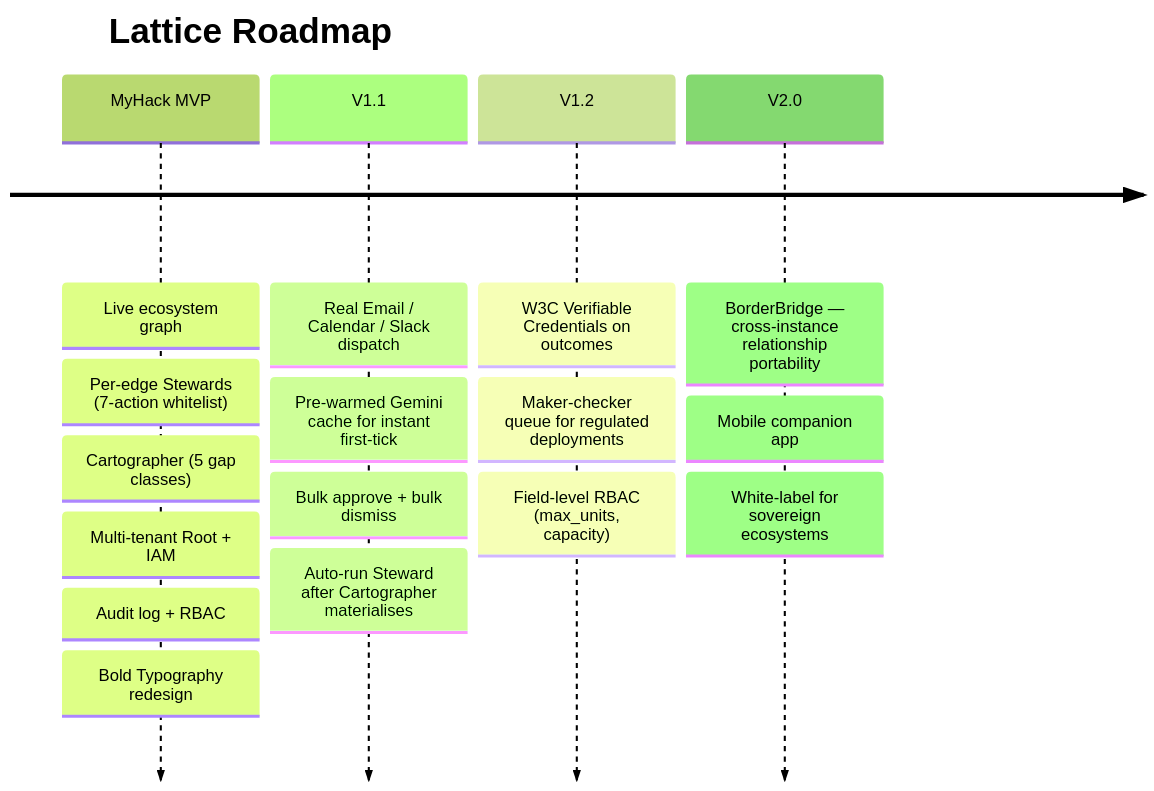
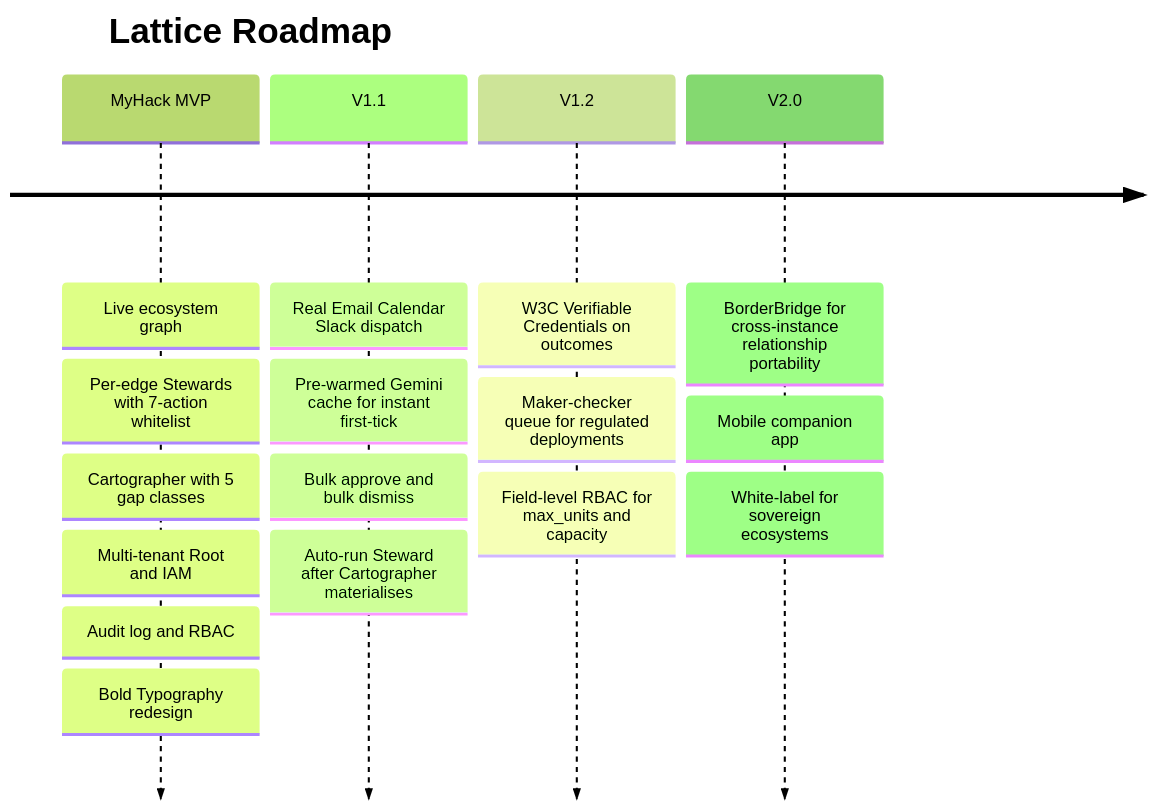
Before and after one commit to Infinite-Unknown/lattice: the fifth of 5 diagrams in README.md, drawn with Mermaid (forest theme). The commit also changed other lines of this file, not shown here.

Commit message:
roadmap fix and pricing

````diff
--- a/README.md
+++ b/README.md
@@ -488,20 +488,20 @@
 ```mermaid
 timeline
     title Lattice Roadmap
     MyHack MVP : Live ecosystem graph
-               : Per-edge Stewards (7-action whitelist)
-               : Cartographer (5 gap classes)
-               : Multi-tenant Root + IAM
-               : Audit log + RBAC
+               : Per-edge Stewards with 7-action whitelist
+               : Cartographer with 5 gap classes
+               : Multi-tenant Root and IAM
+               : Audit log and RBAC
                : Bold Typography redesign
-    V1.1 : Real Email / Calendar / Slack dispatch
+    V1.1 : Real Email Calendar Slack dispatch
          : Pre-warmed Gemini cache for instant first-tick
-         : Bulk approve + bulk dismiss
+         : Bulk approve and bulk dismiss
          : Auto-run Steward after Cartographer materialises
     V1.2 : W3C Verifiable Credentials on outcomes
          : Maker-checker queue for regulated deployments
-         : Field-level RBAC (max_units, capacity)
-    V2.0 : BorderBridge — cross-instance relationship portability
+         : Field-level RBAC for max_units and capacity
+    V2.0 : BorderBridge for cross-instance relationship portability
          : Mobile companion app
          : White-label for sovereign ecosystems
 ```
````
